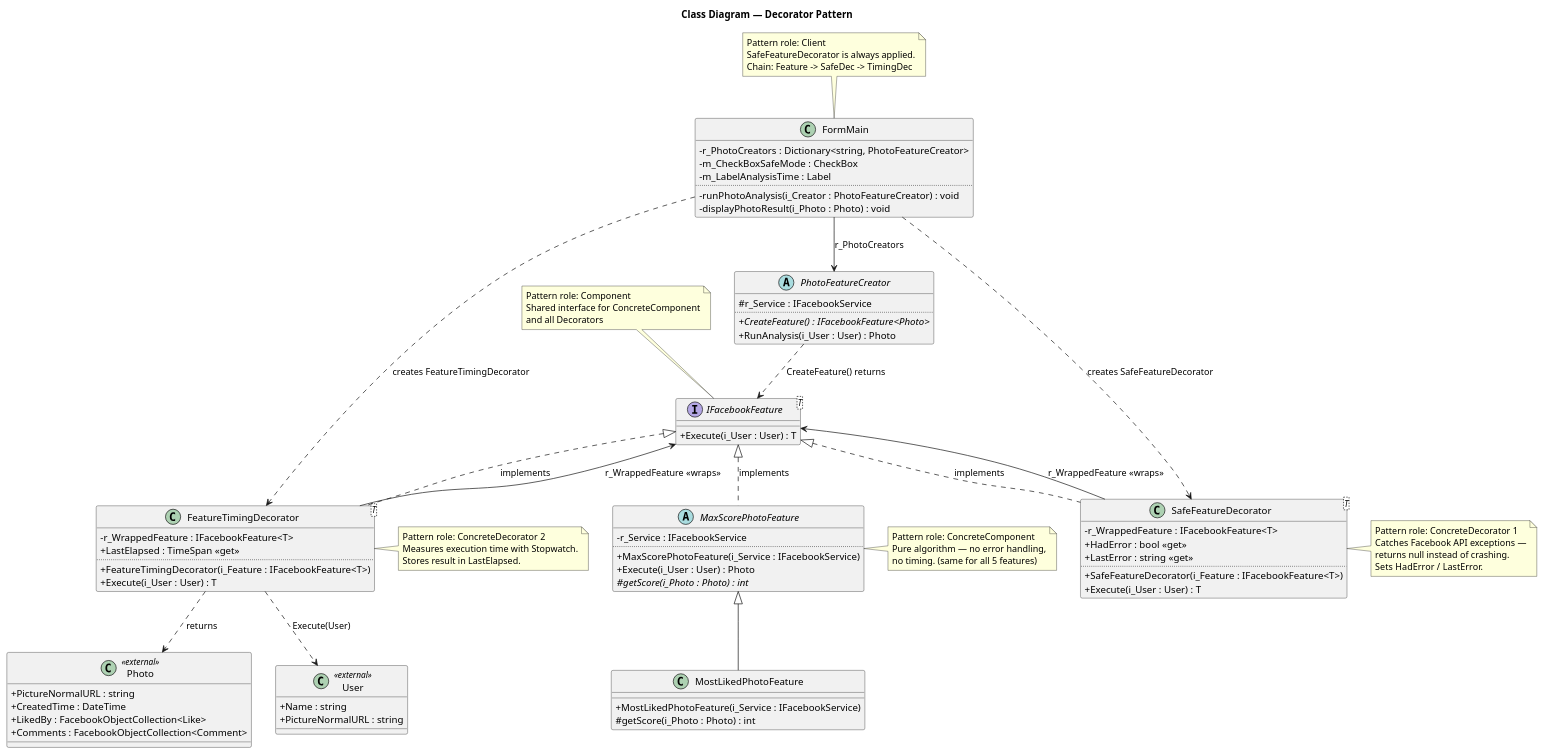
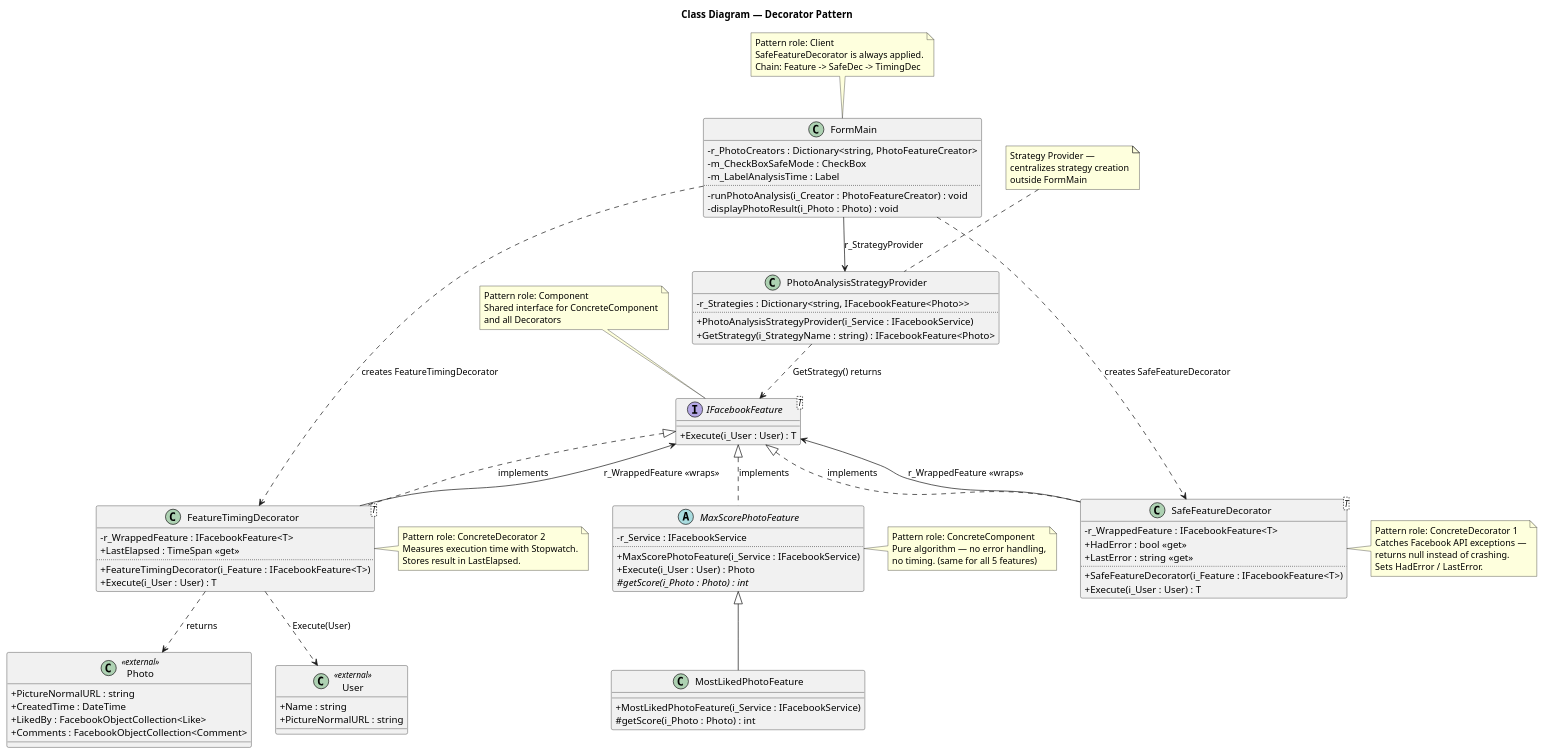
One commit to LotemKimchi/Application-Programming-Using-Design-Patterns changed the diagram in Project3/B26 Ex03 LotemKimchi 318173481 ShaniSalomon 208573683 NEW/uml/Decorator_ClassDiagram.puml. Above: the diagram before and after it, drawn with PlantUML. The commit also changed 12 other files, not shown here.

```diff
--- a/Project3/B26 Ex03 LotemKimchi 318173481 ShaniSalomon 208573683 NEW/uml/Decorator_ClassDiagram.puml
+++ b/Project3/B26 Ex03 LotemKimchi 318173481 ShaniSalomon 208573683 NEW/uml/Decorator_ClassDiagram.puml
@@ -1,110 +1,115 @@
 @startuml
 title Class Diagram — Decorator Pattern
 
 skinparam classAttributeIconSize 0
 top to bottom direction
 
 interface "IFacebookFeature<T>" as IFeat {
     + Execute(i_User : User) : T
 }
 note top of IFeat
   Pattern role: Component
   Shared interface for ConcreteComponent
   and all Decorators
 end note
 
 abstract class MaxScorePhotoFeature {
     - r_Service : IFacebookService
     ..
     + MaxScorePhotoFeature(i_Service : IFacebookService)
     + Execute(i_User : User) : Photo
     # {abstract} getScore(i_Photo : Photo) : int
 }
 note right of MaxScorePhotoFeature
   Pattern role: ConcreteComponent
   Pure algorithm — no error handling,
   no timing. (same for all 5 features)
 end note
 
 class MostLikedPhotoFeature {
     + MostLikedPhotoFeature(i_Service : IFacebookService)
     # getScore(i_Photo : Photo) : int
 }
 
 class "SafeFeatureDecorator<T>" as SafeDec {
     - r_WrappedFeature : IFacebookFeature<T>
     + HadError : bool <<get>>
     + LastError : string <<get>>
     ..
     + SafeFeatureDecorator(i_Feature : IFacebookFeature<T>)
     + Execute(i_User : User) : T
 }
 note right of SafeDec
   Pattern role: ConcreteDecorator 1
   Catches Facebook API exceptions —
   returns null instead of crashing.
   Sets HadError / LastError.
 end note
 
 class "FeatureTimingDecorator<T>" as TimeDec {
     - r_WrappedFeature : IFacebookFeature<T>
     + LastElapsed : TimeSpan <<get>>
     ..
     + FeatureTimingDecorator(i_Feature : IFacebookFeature<T>)
     + Execute(i_User : User) : T
 }
 note right of TimeDec
   Pattern role: ConcreteDecorator 2
   Measures execution time with Stopwatch.
   Stores result in LastElapsed.
 end note
 
 class FormMain {
     - r_PhotoCreators : Dictionary<string, PhotoFeatureCreator>
     - m_CheckBoxSafeMode : CheckBox
     - m_LabelAnalysisTime : Label
     ..
     - runPhotoAnalysis(i_Creator : PhotoFeatureCreator) : void
     - displayPhotoResult(i_Photo : Photo) : void
 }
 note top of FormMain
   Pattern role: Client
   SafeFeatureDecorator is always applied.
   Chain: Feature -> SafeDec -> TimingDec
 end note
 
-abstract class PhotoFeatureCreator {
-    # r_Service : IFacebookService
+class PhotoAnalysisStrategyProvider {
+    - r_Strategies : Dictionary<string, IFacebookFeature<Photo>>
     ..
-    + {abstract} CreateFeature() : IFacebookFeature<Photo>
-    + RunAnalysis(i_User : User) : Photo
+    + PhotoAnalysisStrategyProvider(i_Service : IFacebookService)
+    + GetStrategy(i_StrategyName : string) : IFacebookFeature<Photo>
 }
+note top of PhotoAnalysisStrategyProvider
+  Strategy Provider —
+  centralizes strategy creation
+  outside FormMain
+end note
 
 class User <<external>> {
     + Name : string
     + PictureNormalURL : string
 }
 
 class Photo <<external>> {
     + PictureNormalURL : string
     + CreatedTime : DateTime
     + LikedBy : FacebookObjectCollection<Like>
     + Comments : FacebookObjectCollection<Comment>
 }
 
 IFeat <|.. MaxScorePhotoFeature : implements
 IFeat <|.. SafeDec : implements
 IFeat <|.. TimeDec : implements
 MaxScorePhotoFeature <|-- MostLikedPhotoFeature
 
 SafeDec --> IFeat : r_WrappedFeature <<wraps>>
 TimeDec --> IFeat : r_WrappedFeature <<wraps>>
 
-FormMain --> PhotoFeatureCreator : r_PhotoCreators
-PhotoFeatureCreator ..> IFeat : CreateFeature() returns
+FormMain --> PhotoAnalysisStrategyProvider : r_StrategyProvider
+PhotoAnalysisStrategyProvider ..> IFeat : GetStrategy() returns
 FormMain ..> SafeDec : creates SafeFeatureDecorator
 FormMain ..> TimeDec : creates FeatureTimingDecorator
 TimeDec ..> User : Execute(User)
 TimeDec ..> Photo : returns
 
 @enduml
```
